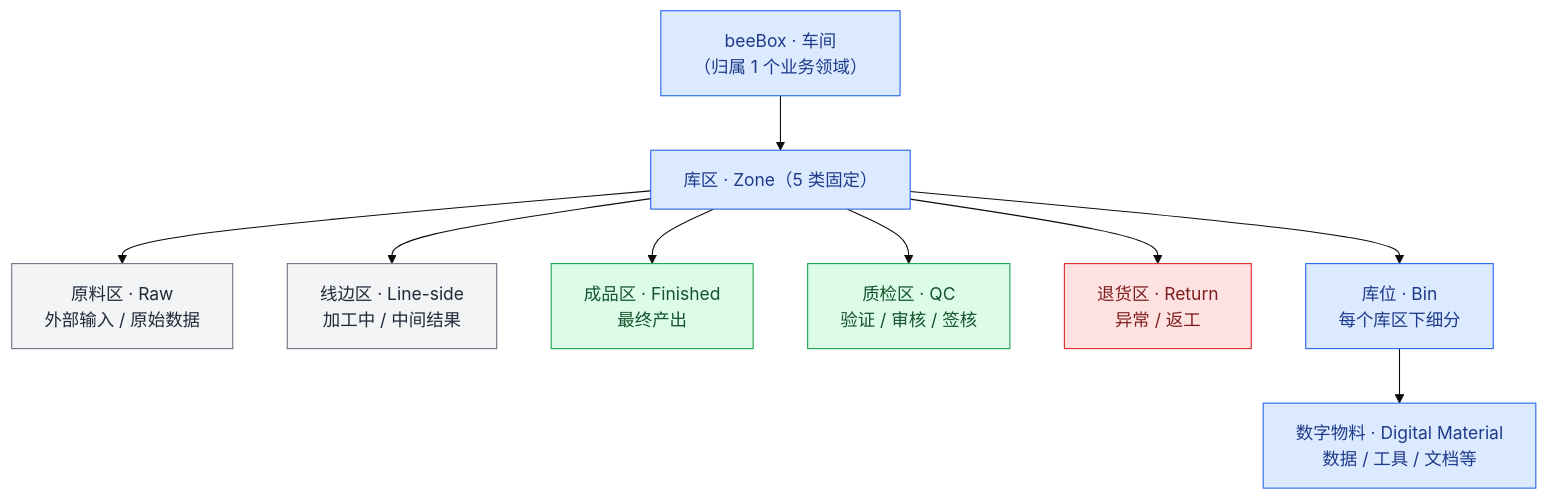
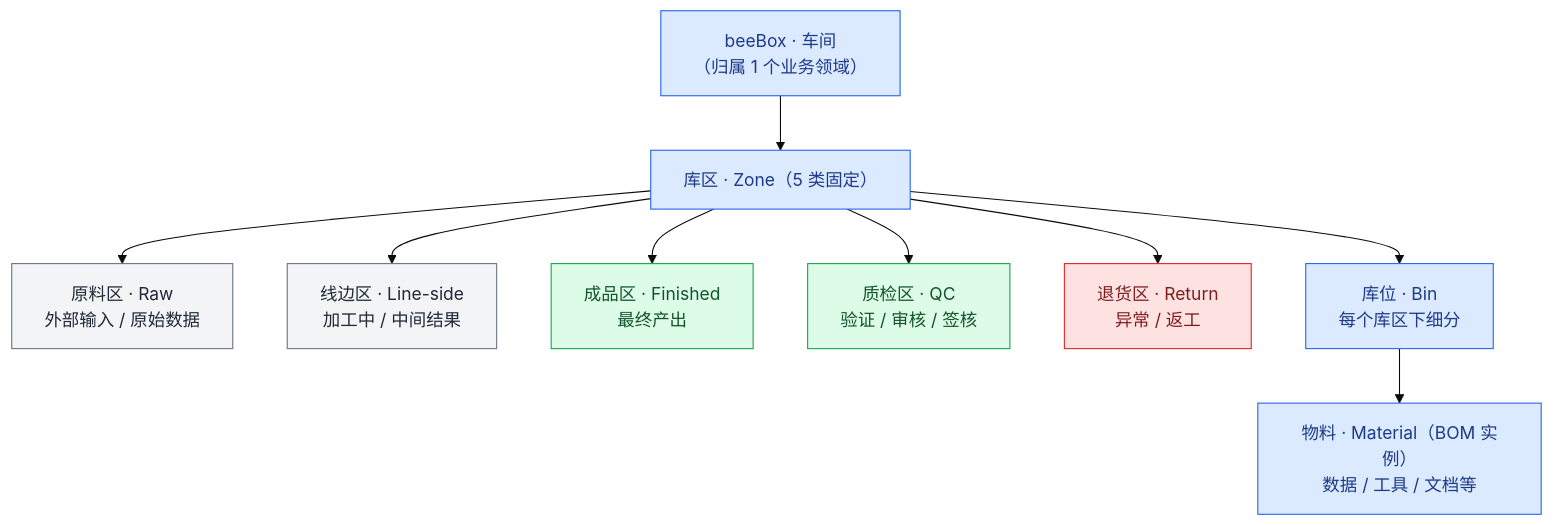
One commit to chehuizi/beeOS changed the third of 4 diagrams in docs/architecture/kernel-design.md. Above: the diagram before and after it, drawn with Mermaid (base theme). The commit also changed other lines of this file, not shown here.

First line of the commit message:
docs: 数字物料 → 物料（用 WMS 标准术语）

````diff
--- a/docs/architecture/kernel-design.md
+++ b/docs/architecture/kernel-design.md
@@ -168,30 +168,30 @@
 ```mermaid
 graph TB
     beeBox["beeBox · 车间<br/>（归属 1 个业务领域）"]
     zones["库区 · Zone（5 类固定）"]
     raw["原料区 · Raw<br/>外部输入 / 原始数据"]
     line["线边区 · Line-side<br/>加工中 / 中间结果"]
     finished["成品区 · Finished<br/>最终产出"]
     qc["质检区 · QC<br/>验证 / 审核 / 签核"]
     return["退货区 · Return<br/>异常 / 返工"]
     bins["库位 · Bin<br/>每个库区下细分"]
-    materials["数字物料 · Digital Material<br/>数据 / 工具 / 文档等"]
+    materials["物料 · Material（BOM 实例）<br/>数据 / 工具 / 文档等"]
 
     beeBox --> zones
     zones --> raw
     zones --> line
     zones --> finished
     zones --> qc
     zones --> return
     zones --> bins
     bins --> materials
 
     classDef box fill:#dbeafe,stroke:#2563eb,color:#1e3a8a
     classDef ok fill:#dcfce7,stroke:#16a34a,color:#14532d
     classDef bad fill:#fee2e2,stroke:#dc2626,color:#7f1d1d
     classDef neutral fill:#f3f4f6,stroke:#6b7280,color:#1f2937
     class beeBox,zones,bins,materials box
     class raw,line neutral
     class finished,qc ok
     class return bad
 ```
````
